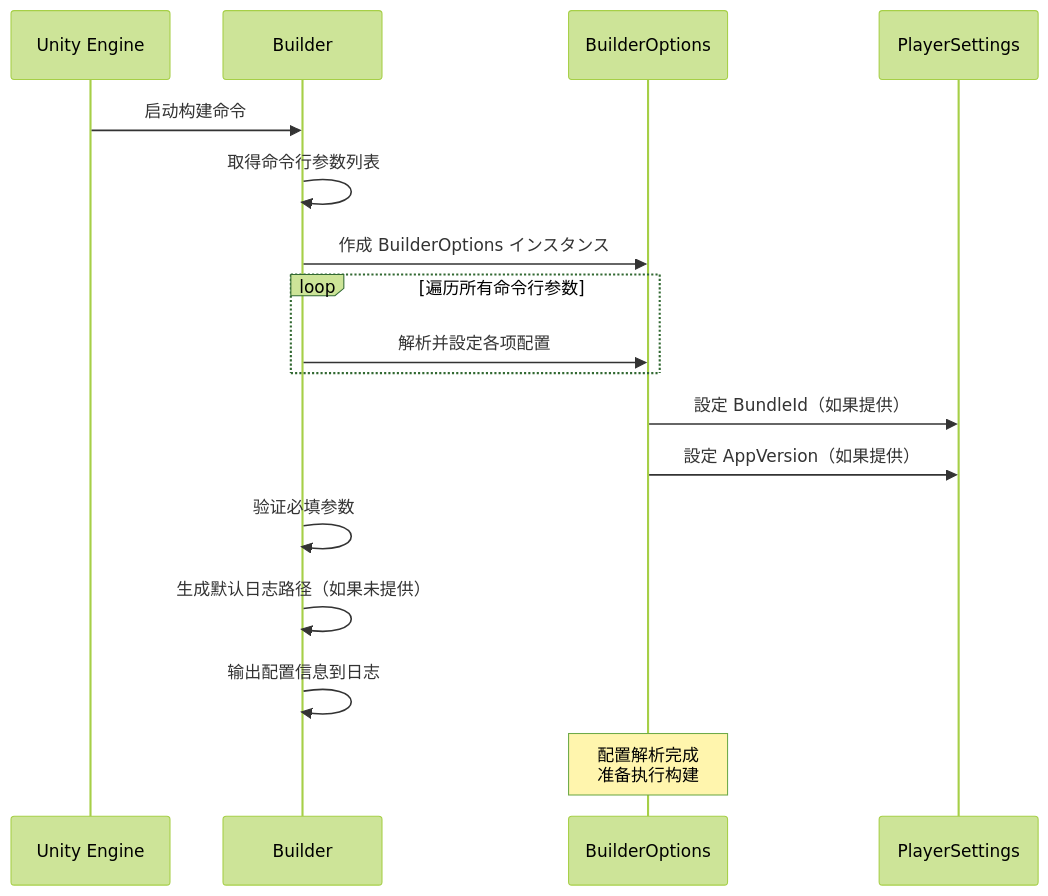
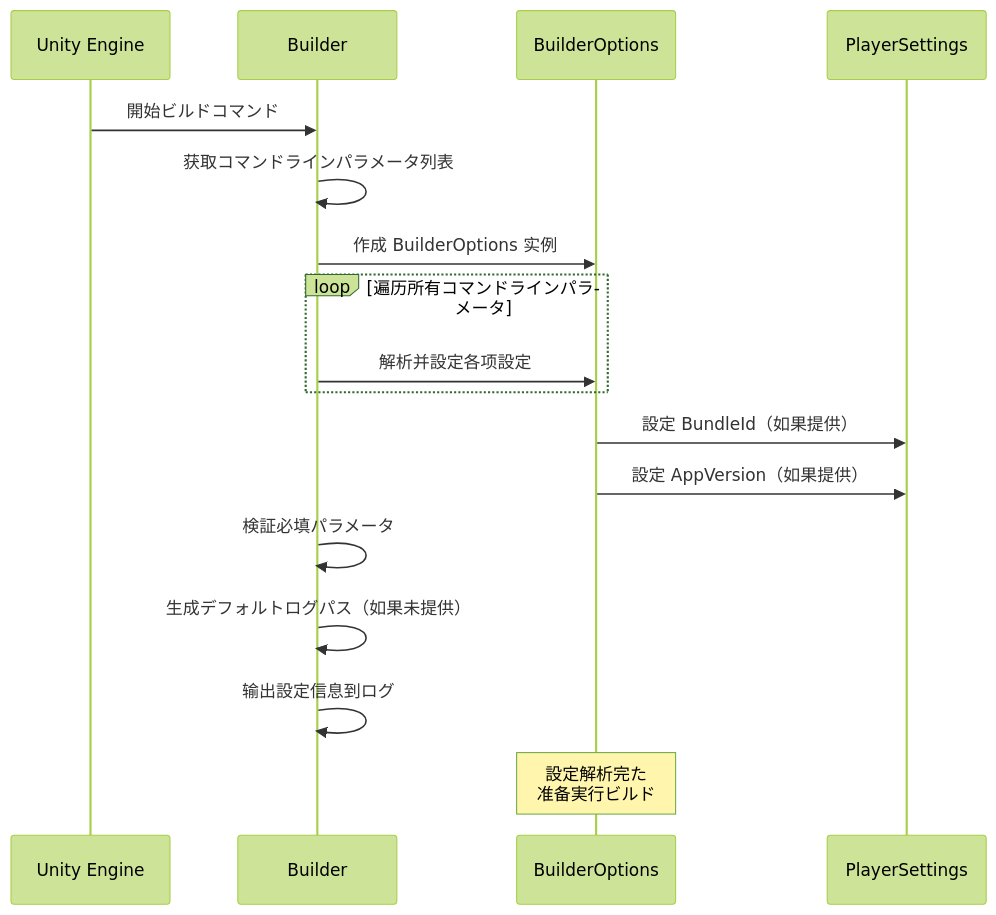
One commit to AlianBlank/GameFrameX.Docs changed the second of 2 diagrams in docs/ja/client/unity/component/builder/05.configuration.md. Above: the diagram before and after it, drawn with Mermaid (forest theme). The commit also changed other lines of this file and 320 other files, not shown here.

````diff
--- a/docs/ja/client/unity/component/builder/05.configuration.md
+++ b/docs/ja/client/unity/component/builder/05.configuration.md
@@ -131,24 +131,24 @@
 ```mermaid
 sequenceDiagram
     participant U as Unity Engine
     participant B as Builder
     participant O as BuilderOptions
     participant P as PlayerSettings
 
-    U->>B: 启动构建命令
-    B->>B: 取得命令行参数列表
-    B->>O: 作成 BuilderOptions インスタンス
+    U->>B: 開始ビルドコマンド
+    B->>B: 获取コマンドラインパラメータ列表
+    B->>O: 作成 BuilderOptions 实例
     
-    loop 遍历所有命令行参数
-        B->>O: 解析并設定各项配置
+    loop 遍历所有コマンドラインパラメータ
+        B->>O: 解析并設定各项設定
     end
     
     O->>P: 設定 BundleId（如果提供）
     O->>P: 設定 AppVersion（如果提供）
     
-    B->>B: 验证必填参数
-    B->>B: 生成默认日志路径（如果未提供）
-    B->>B: 输出配置信息到日志
+    B->>B: 検証必填パラメータ
+    B->>B: 生成デフォルトログパス（如果未提供）
+    B->>B: 输出設定信息到ログ
 
-    Note over O: 配置解析完成<br/>准备执行构建
+    Note over O: 設定解析完た<br/>准备実行ビルド
 ```
````
